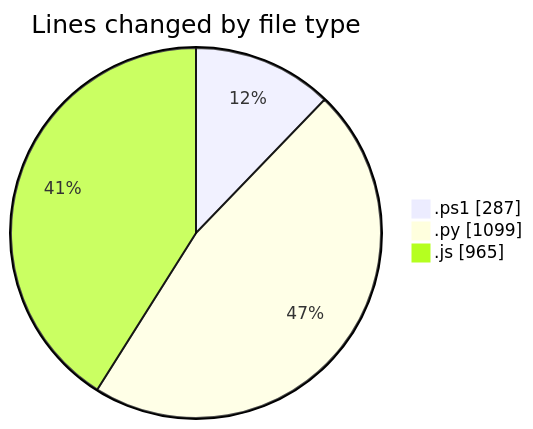
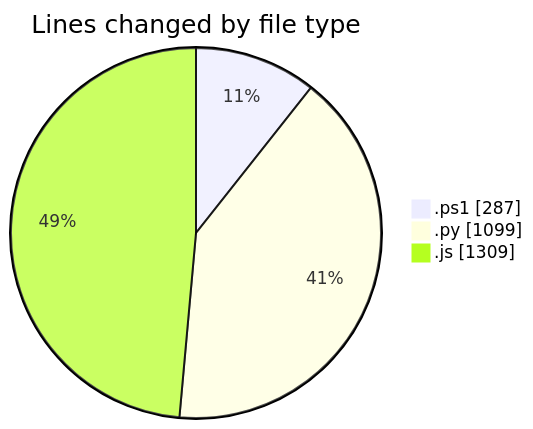
One commit to shibass792/code-tracking changed the first of 2 diagrams in 2026-07-14/shibass-ai/README.md. Above: the diagram before and after it, drawn with Mermaid. The commit also changed other lines of this file and 1 other file, not shown here.

````diff
--- a/2026-07-14/shibass-ai/README.md
+++ b/2026-07-14/shibass-ai/README.md
@@ -25,7 +25,7 @@
 ```mermaid
 pie showData
 title Lines changed by file type
 ".ps1" : 287
 ".py" : 1099
-".js" : 965
+".js" : 1309
 ```
````
